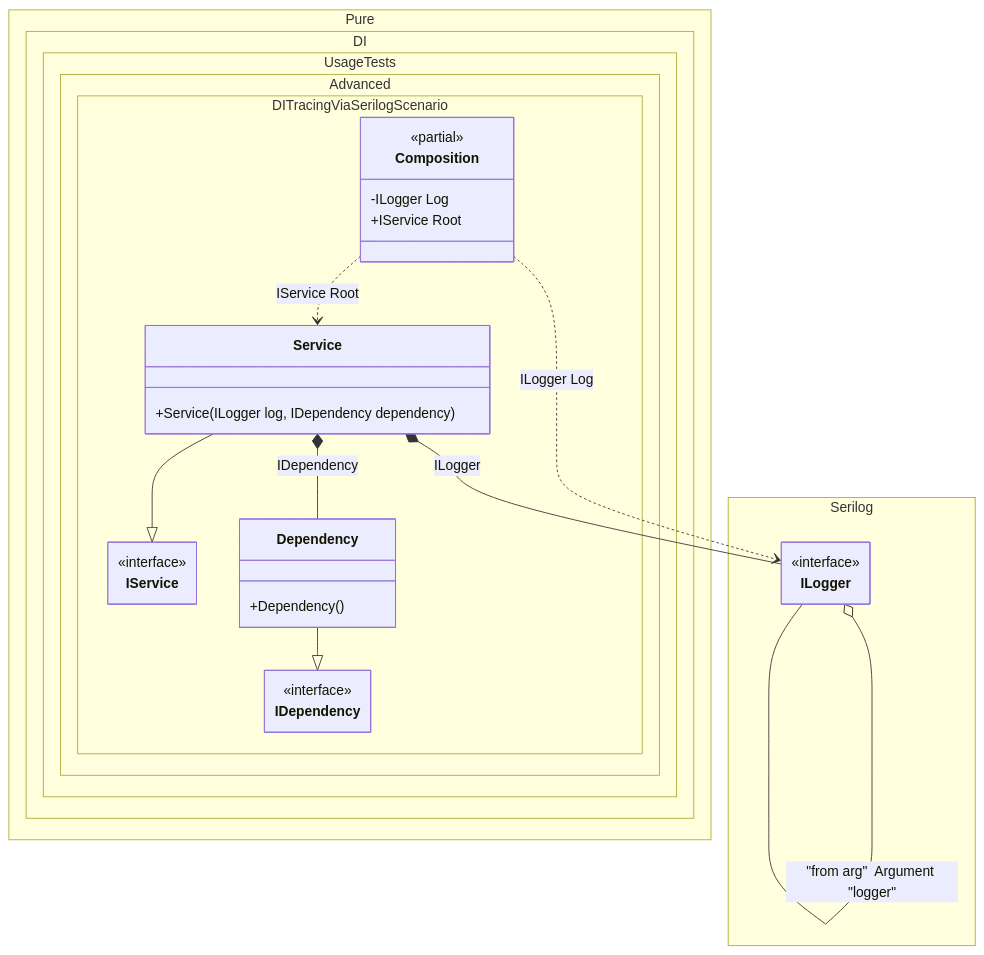
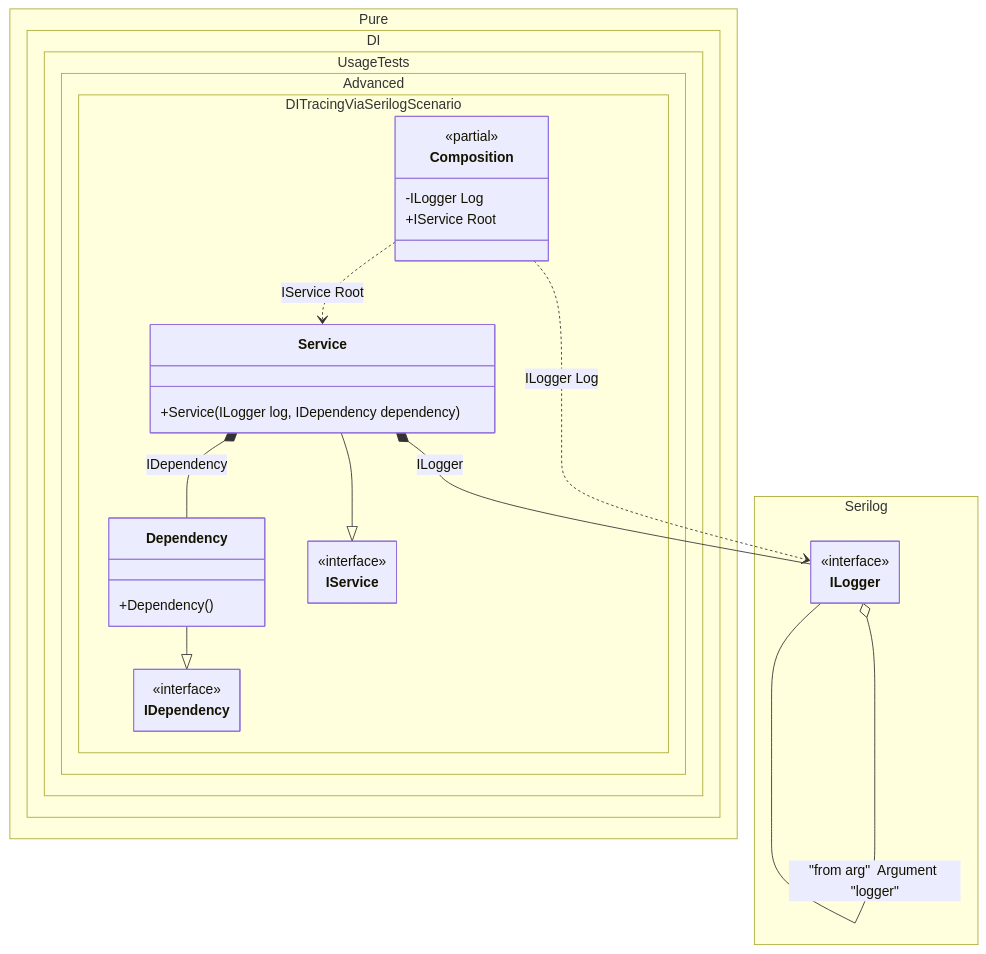
The diagram in readme/di-tracing-via-serilog.md (DevTeam/Pure.DI), drawn with Mermaid before and after one commit. The commit also changed 113 other files, not shown here.

````diff
--- a/readme/di-tracing-via-serilog.md
+++ b/readme/di-tracing-via-serilog.md
@@ -158,39 +158,39 @@
 ```mermaid
 ---
  config:
   class:
    hideEmptyMembersBox: true
 ---
 classDiagram
+	Dependency --|> IDependency
 	Service --|> IService
-	Dependency --|> IDependency
 	Composition ..> Service : IService Root
 	Composition ..> ILogger : ILogger Log
+	ILogger o-- ILogger : "from arg"  Argument "logger"
 	Service *--  ILogger : ILogger
 	Service *--  Dependency : IDependency
-	ILogger o-- ILogger : "from arg"  Argument "logger"
 	namespace Pure.DI.UsageTests.Advanced.DITracingViaSerilogScenario {
 		class Composition {
 		<<partial>>
 		-ILogger Log
 		+IService Root
 		}
 		class Dependency {
 			+Dependency()
 		}
 		class IDependency {
 			<<interface>>
 		}
 		class IService {
 			<<interface>>
 		}
 		class Service {
 			+Service(ILogger log, IDependency dependency)
 		}
 	}
 	namespace Serilog {
 		class ILogger {
-			<<interface>>
+				<<interface>>
 		}
 	}
 ```
````
